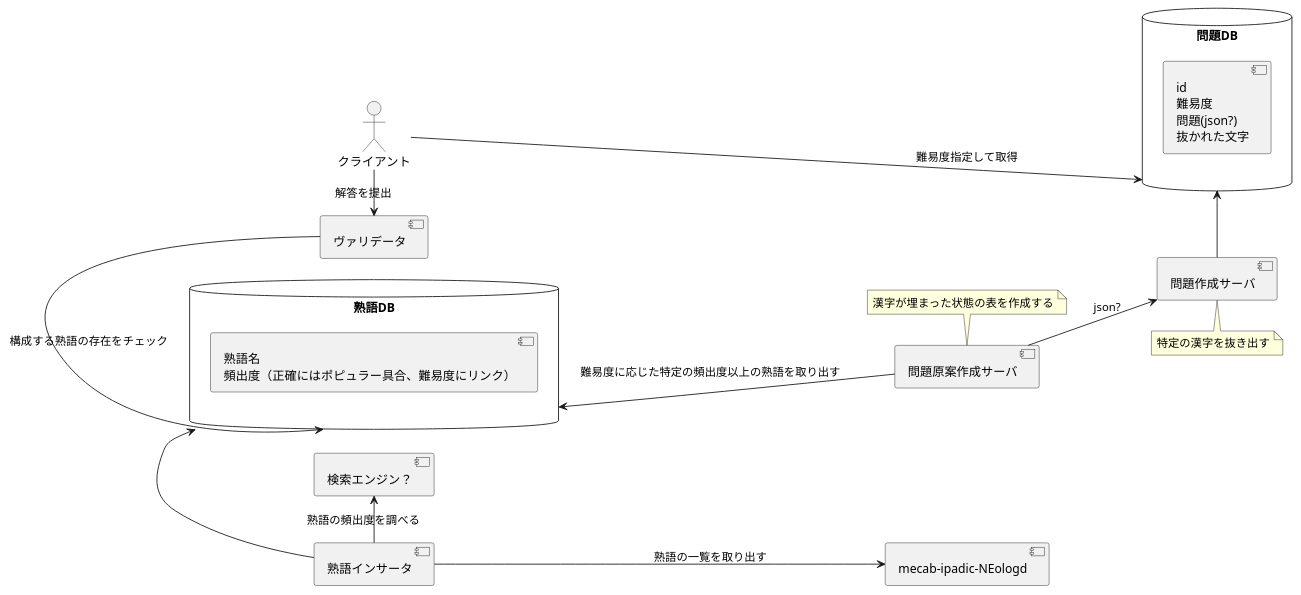
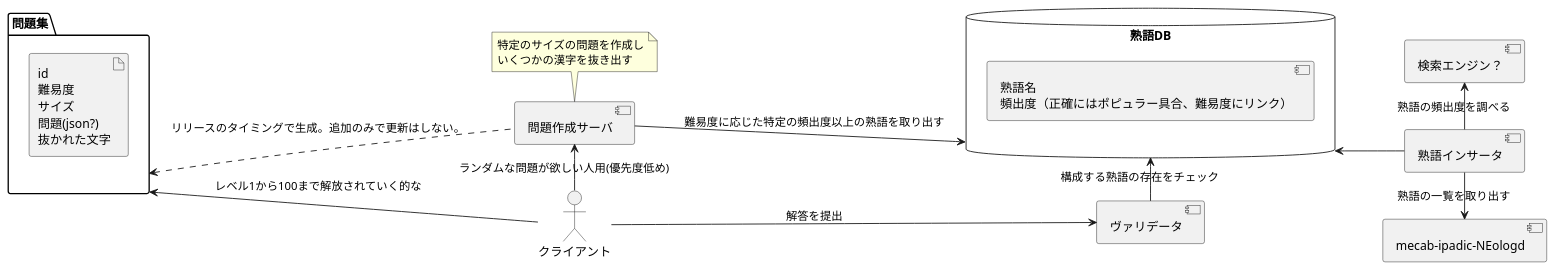
Before and after one commit to kanji-cross/infra: the diagram in docs/system_configurations.md, drawn with PlantUML.

Commit message:
問題は静的に置いておく的な

````diff
--- a/docs/system_configurations.md
+++ b/docs/system_configurations.md
@@ -1,44 +1,43 @@
 ```uml
 @startuml
 skinparam shadowing false
 left to right direction
 database 熟語DB {
   component 熟語table [
     熟語名
     頻出度（正確にはポピュラー具合、難易度にリンク）
   ]
 }
 
-database 問題DB {
-  component 問題table [
+folder 問題集 {
+  artifact	問題 [
     id
     難易度
+    サイズ
     問題(json?)
     抜かれた文字
   ]
 }
 
-[熟語インサータ] -do-> [mecab-ipadic-NEologd]: 熟語の一覧を取り出す
+[熟語インサータ] -> [mecab-ipadic-NEologd]: 熟語の一覧を取り出す
 [熟語インサータ] -le-> [検索エンジン？]: 熟語の頻出度を調べる 
-[熟語インサータ] -> 熟語DB
+[熟語インサータ] -up-> 熟語DB
 
-熟語DB <-do- [問題原案作成サーバ]: 難易度に応じた特定の頻出度以上の熟語を取り出す
+熟語DB <-up- [問題作成サーバ]: 難易度に応じた特定の頻出度以上の熟語を取り出す
 note top {
-  漢字が埋まった状態の表を作成する
+  特定のサイズの問題を作成し
+  いくつかの漢字を抜き出す
 }
 
-[問題原案作成サーバ] -do-> [問題作成サーバ]: json?
-note bottom {
-  特定の漢字を抜き出す
-}
-
-[問題作成サーバ] -> 問題DB
+[問題作成サーバ] .up.> 問題集: リリースのタイミングで生成。追加のみで更新はしない。
 
 actor クライアント
 
-クライアント -> 問題DB: 難易度指定して取得
+クライアント -> 問題集: レベル1から100まで解放されていく的な
+クライアント -do-> [ヴァリデータ]: 解答を提出
+[ヴァリデータ] -ri-> 熟語DB: 構成する熟語の存在をチェック
 
-クライアント -> [ヴァリデータ]: 解答を提出
-[ヴァリデータ] -ri-> 熟語DB: 構成する熟語の存在をチェック
+クライアント -le-> [問題作成サーバ] : ランダムな問題が欲しい人用(優先度低め)
+
 @enduml
 ```
````
